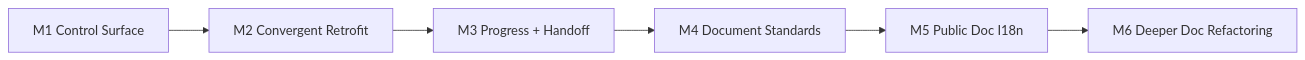
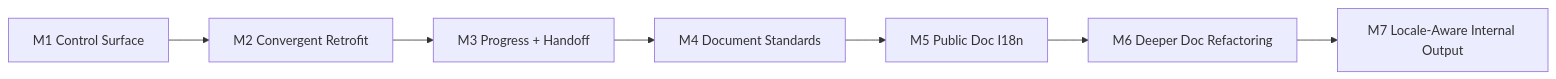
One commit to redcreen/project-assistant changed the diagram in docs/roadmap.md. Above: the diagram before and after it, drawn with Mermaid. The commit also changed other lines of this file and 5 other files, not shown here.

````diff
--- a/docs/roadmap.md
+++ b/docs/roadmap.md
@@ -30,8 +31,9 @@
 ```mermaid
 flowchart LR
     M1["M1 Control Surface"] --> M2["M2 Convergent Retrofit"]
     M2 --> M3["M3 Progress + Handoff"]
     M3 --> M4["M4 Document Standards"]
     M4 --> M5["M5 Public Doc I18n"]
     M5 --> M6["M6 Deeper Doc Refactoring"]
+    M6 --> M7["M7 Locale-Aware Internal Output"]
 ```
````
